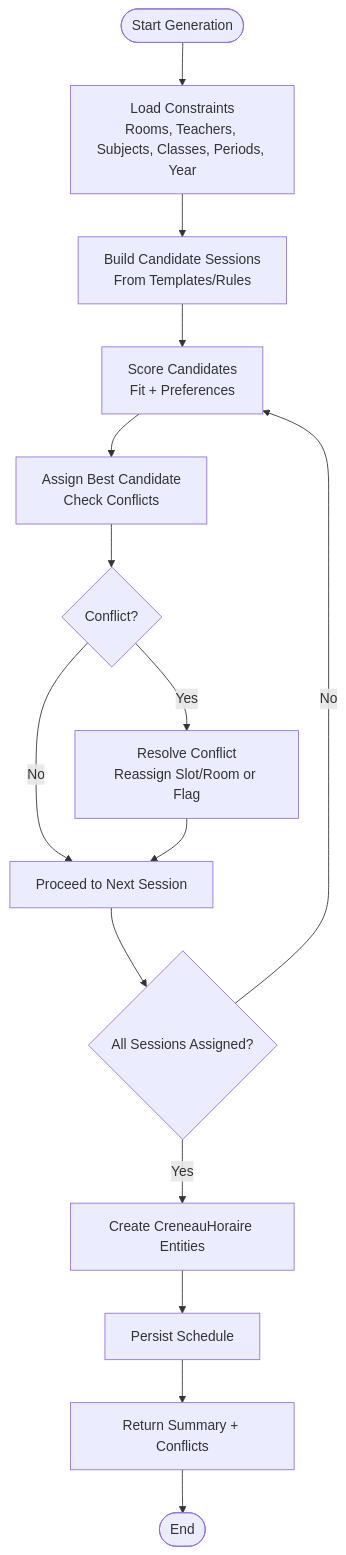
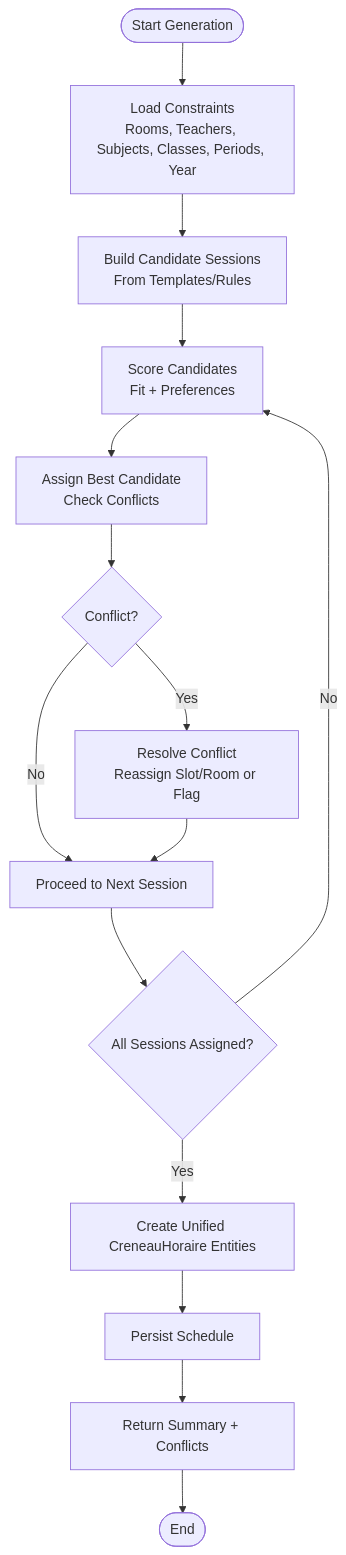
The fourth of 11 diagrams in .qoder/repowiki/en/content/Academic Management System/Class & Schedule Management/Timetable Creation & Scheduling.md (franckylab/eLISAschool), drawn with Mermaid before and after one commit. The commit also changed other lines of this file and 49 other files, not shown here.

First line of the commit message:
refactor(timetable): unifier CreneauHoraire pour simplifier la gestion des horaires

````diff
--- a/.qoder/repowiki/en/content/Academic Management System/Class & Schedule Management/Timetable Creation & Scheduling.md
+++ b/.qoder/repowiki/en/content/Academic Management System/Class & Schedule Management/Timetable Creation & Scheduling.md
@@ -352,17 +347,17 @@
 ```mermaid
 flowchart TD
 Start(["Start Generation"]) --> Load["Load Constraints<br/>Rooms, Teachers, Subjects, Classes, Periods, Year"]
 Load --> BuildCandidates["Build Candidate Sessions<br/>From Templates/Rules"]
 BuildCandidates --> Score["Score Candidates<br/>Fit + Preferences"]
 Score --> Assign["Assign Best Candidate<br/>Check Conflicts"]
 Assign --> Conflict{"Conflict?"}
 Conflict --> |No| Next["Proceed to Next Session"]
 Conflict --> |Yes| Resolve["Resolve Conflict<br/>Reassign Slot/Room or Flag"]
 Resolve --> Next
 Next --> Done{"All Sessions Assigned?"}
 Done --> |No| Score
-Done --> |Yes| CreateCreneau["Create CreneauHoraire Entities"]
+Done --> |Yes| CreateCreneau["Create Unified CreneauHoraire Entities"]
 CreateCreneau --> Persist["Persist Schedule"]
 Persist --> Report["Return Summary + Conflicts"]
 Report --> End(["End"])
 ```
````
